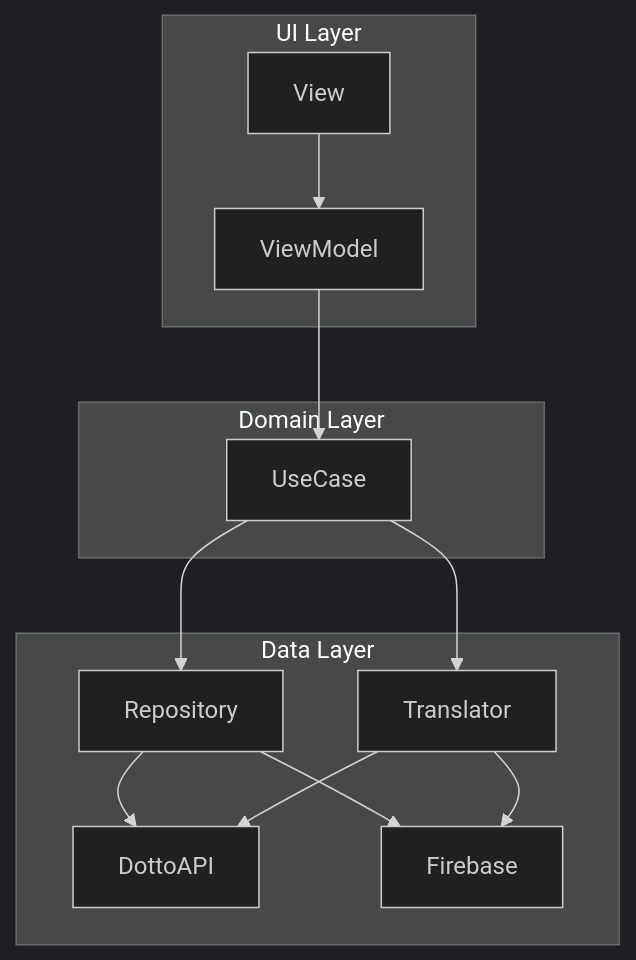
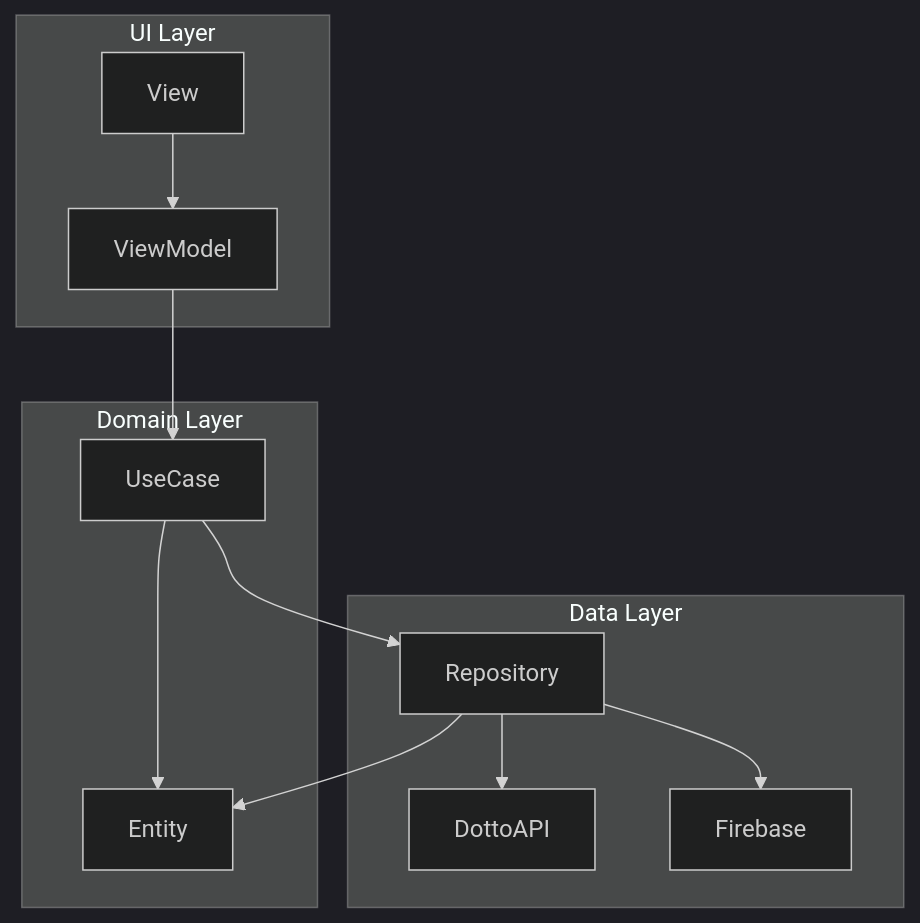
One commit to fun-dotto/dotto changed the diagram in docs/architecture/README.md. Above: the diagram before and after it, drawn with Mermaid (dark theme). The commit also changed other lines of this file, not shown here.

Commit message:
Update architecture

````diff
--- a/docs/architecture/README.md
+++ b/docs/architecture/README.md
@@ -11,17 +11,16 @@
 ```mermaid
 graph TD;
   subgraph UI Layer
     View-->ViewModel;
   end
   subgraph Domain Layer
     ViewModel-->UseCase;
+    UseCase-->Entity
   end
   subgraph Data Layer
     UseCase-->Repository;
-    UseCase-->Translator;
+    Repository-->Entity;
     Repository-->DottoAPI;
     Repository-->Firebase;
-    Translator-->DottoAPI;
-    Translator-->Firebase;
   end
 ```
````
